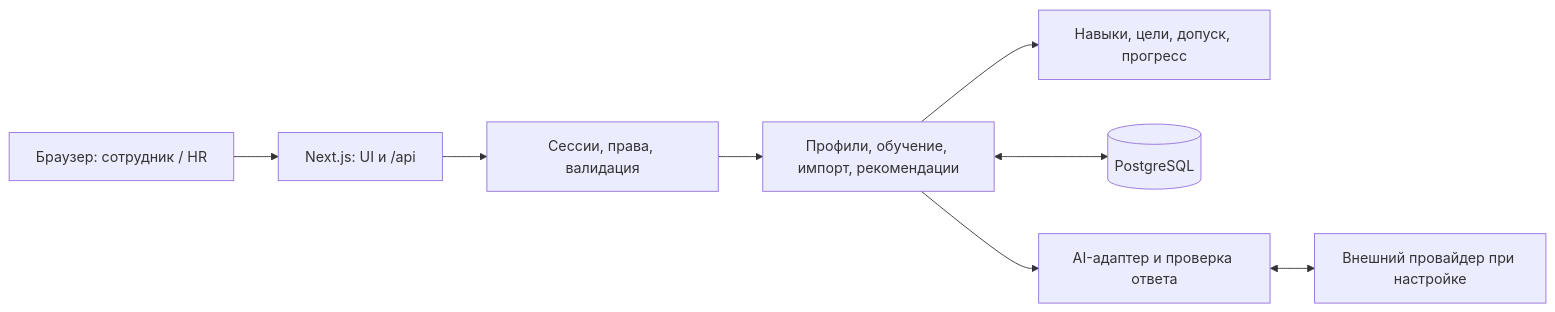
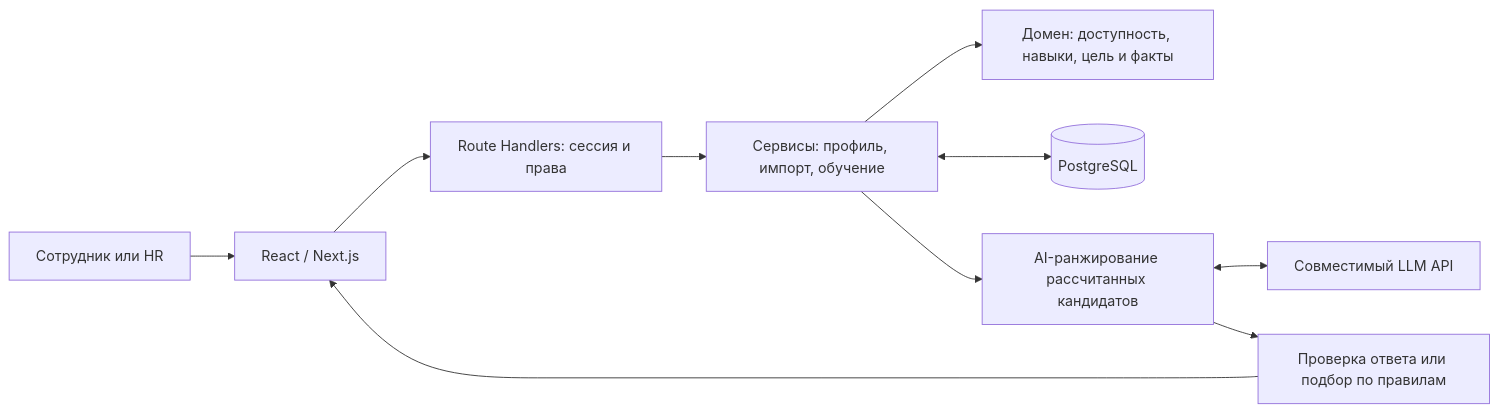
Before and after one commit to BAITC-Hacks/hack-5abba766-orbit-jr: the diagram in README.md, drawn with Mermaid. The commit also changed other lines of this file and 3 other files, not shown here.

````diff
--- a/README.md
+++ b/README.md
@@ -111,10 +62,12 @@
 ```mermaid
 flowchart LR
-    UI["Браузер: сотрудник / HR"] --> NEXT["Next.js: UI и /api"]
-    NEXT --> HTTP["Сессии, права, валидация"]
-    HTTP --> SERVICES["Профили, обучение, импорт, рекомендации"]
-    SERVICES --> DOMAIN["Навыки, цели, допуск, прогресс"]
-    SERVICES <--> DB[(PostgreSQL)]
-    SERVICES --> AI["AI-адаптер и проверка ответа"]
-    AI <--> LLM["Внешний провайдер при настройке"]
+    User[Сотрудник или HR] --> UI[React / Next.js]
+    UI --> API[Route Handlers: сессия и права]
+    API --> Services[Сервисы: профиль, импорт, обучение]
+    Services --> Domain[Домен: доступность, навыки, цель и факты]
+    Services <--> DB[(PostgreSQL)]
+    Services --> AI[AI-ранжирование рассчитанных кандидатов]
+    AI <--> Provider[Совместимый LLM API]
+    AI --> Validation[Проверка ответа или подбор по правилам]
+    Validation --> UI
 ```
````
